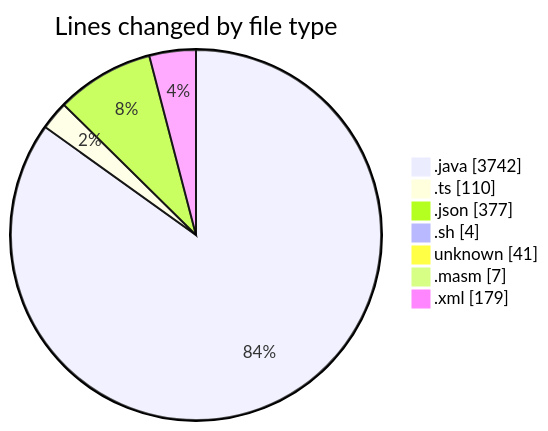
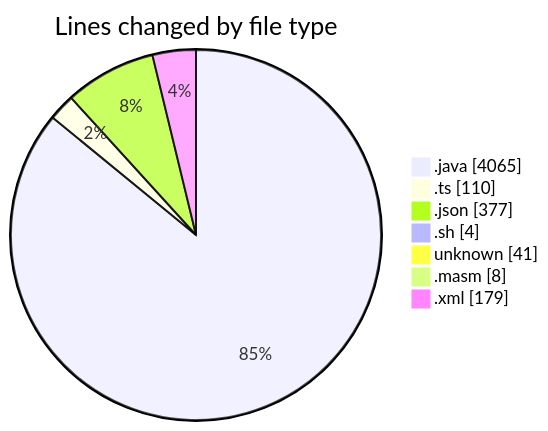
The first of 2 diagrams in 2025-02-20/micros/README.md (charlie-sans/code-tracking), drawn with Mermaid before and after one commit. The commit also changed other lines of this file and 1 other file, not shown here.

````diff
--- a/2025-02-20/micros/README.md
+++ b/2025-02-20/micros/README.md
@@ -39,11 +39,11 @@
 ```mermaid
 pie showData
 title Lines changed by file type
-".java" : 3742
+".java" : 4065
 ".ts" : 110
 ".json" : 377
 ".sh" : 4
 "unknown" : 41
-".masm" : 7
+".masm" : 8
 ".xml" : 179
 ```
````
